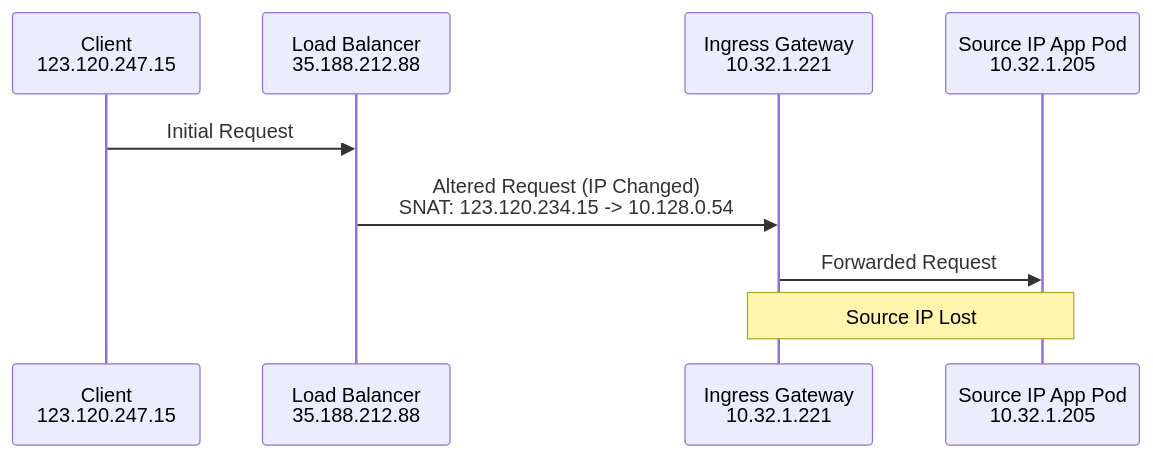
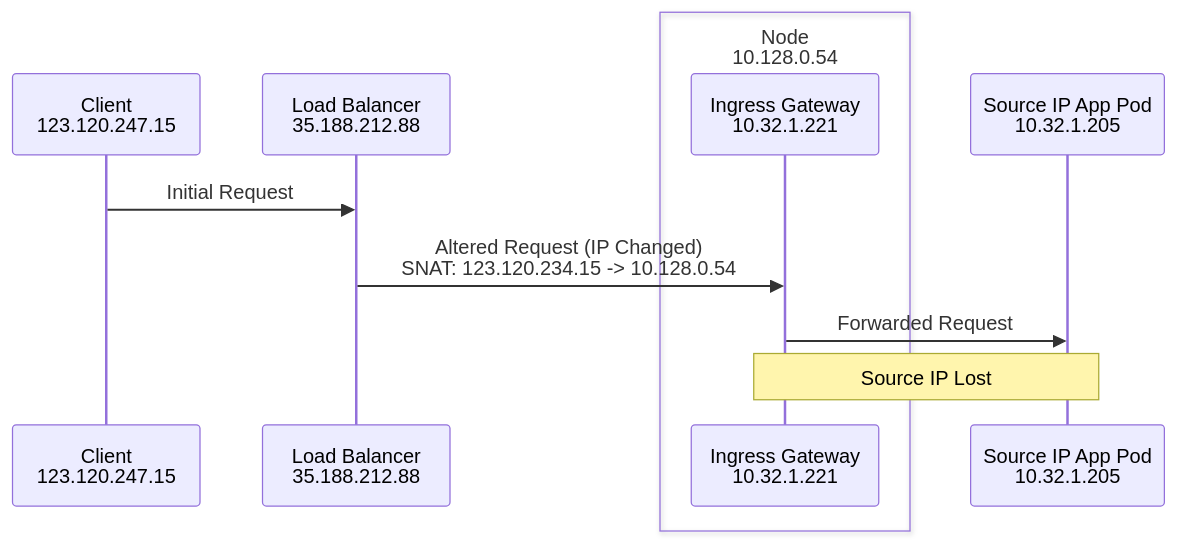
One commit to rootsongjc/kubernetes-handbook changed the fourth of 9 diagrams in content/zh/blog/preserve-source-ip-in-istio/index.md. Above: the diagram before and after it, drawn with Mermaid. The commit also changed other lines of this file and 15 other files, not shown here.

````diff
--- a/content/zh/blog/preserve-source-ip-in-istio/index.md
+++ b/content/zh/blog/preserve-source-ip-in-istio/index.md
@@ -303,11 +303,13 @@
 ```mermaid
 sequenceDiagram
     participant C as Client<br>123.120.247.15
     participant LB as Load Balancer<br>35.188.212.88
+    box Node <br>10.128.0.54
     participant IG as Ingress Gateway<br>10.32.1.221
+    end
     participant S as Source IP App Pod<br>10.32.1.205
     C->>LB: Initial Request
     LB->>IG: Altered Request (IP Changed)<br>SNAT: 123.120.234.15 -> 10.128.0.54
     IG->>S: Forwarded Request
     Note over IG,S: Source IP Lost
 ```
````
